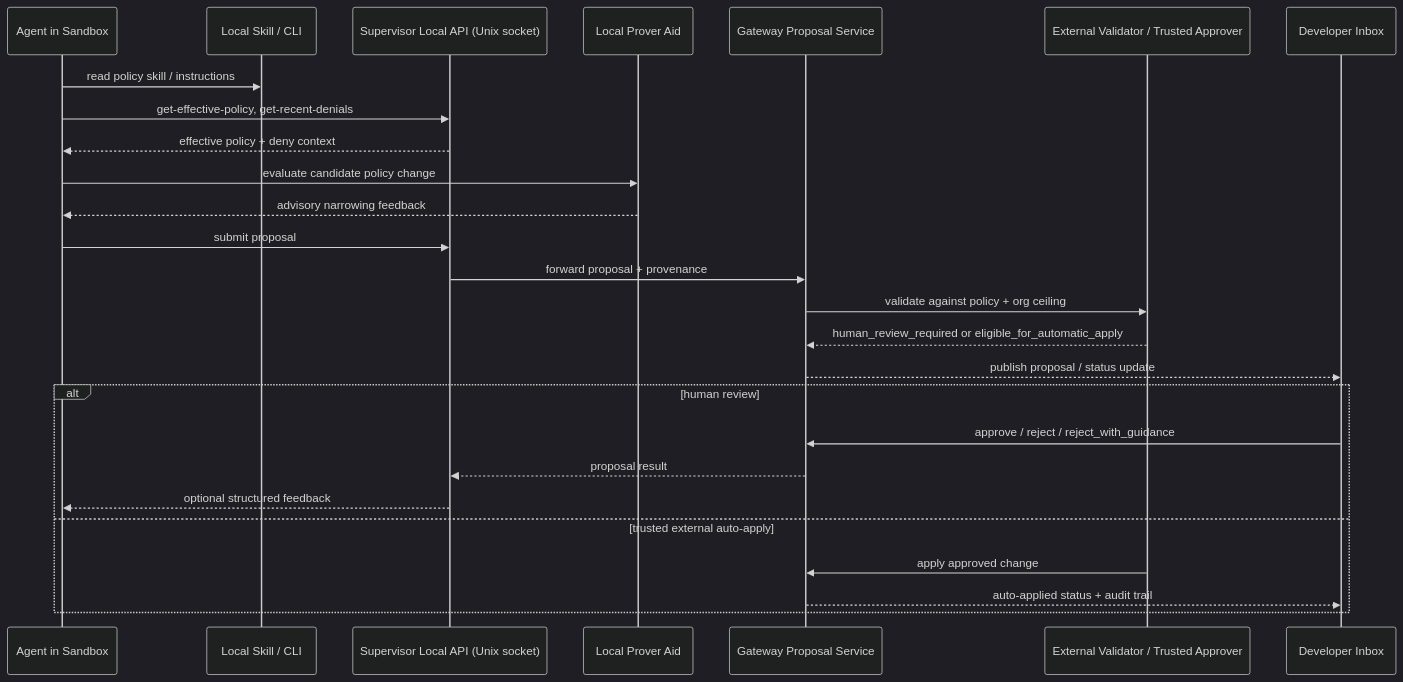
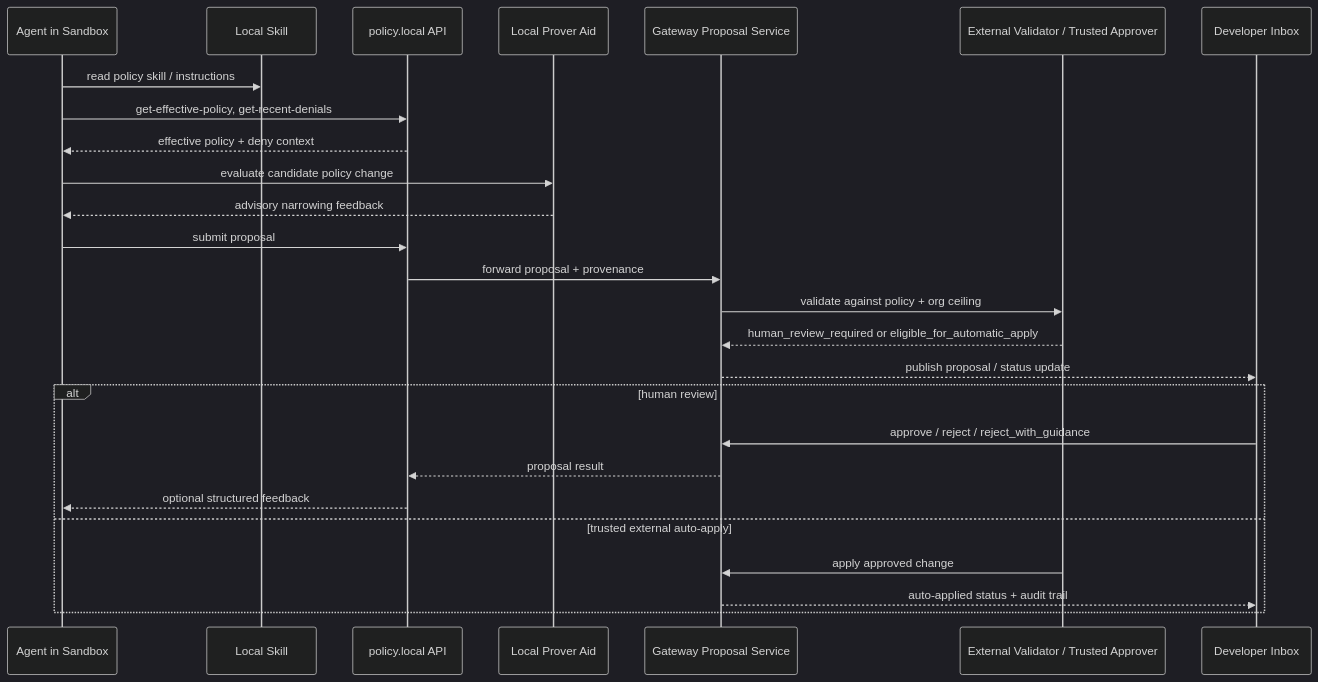
The second of 2 diagrams in rfc/0001-agent-driven-policy-management.md (NVIDIA/OpenShell), drawn with Mermaid (dark theme) before and after one commit. The commit also changed other lines of this file, not shown here.

Commit message:
docs(rfc): switch policy MVP to local API

````diff
--- a/rfc/0001-agent-driven-policy-management.md
+++ b/rfc/0001-agent-driven-policy-management.md
@@ -212,29 +212,29 @@
 ```mermaid
 sequenceDiagram
     participant A as Agent in Sandbox
-    participant S as Local Skill / CLI
-    participant U as Supervisor Local API (Unix socket)
+    participant S as Local Skill
+    participant U as policy.local API
     participant P as Local Prover Aid
     participant G as Gateway Proposal Service
     participant X as External Validator / Trusted Approver
     participant I as Developer Inbox
 
     A->>S: read policy skill / instructions
     A->>U: get-effective-policy, get-recent-denials
     U-->>A: effective policy + deny context
     A->>P: evaluate candidate policy change
     P-->>A: advisory narrowing feedback
     A->>U: submit proposal
     U->>G: forward proposal + provenance
     G->>X: validate against policy + org ceiling
     X-->>G: human_review_required or eligible_for_automatic_apply
     G-->>I: publish proposal / status update
     alt human review
         I->>G: approve / reject / reject_with_guidance
         G-->>U: proposal result
         U-->>A: optional structured feedback
     else trusted external auto-apply
         X->>G: apply approved change
         G-->>I: auto-applied status + audit trail
     end
 ```
````
